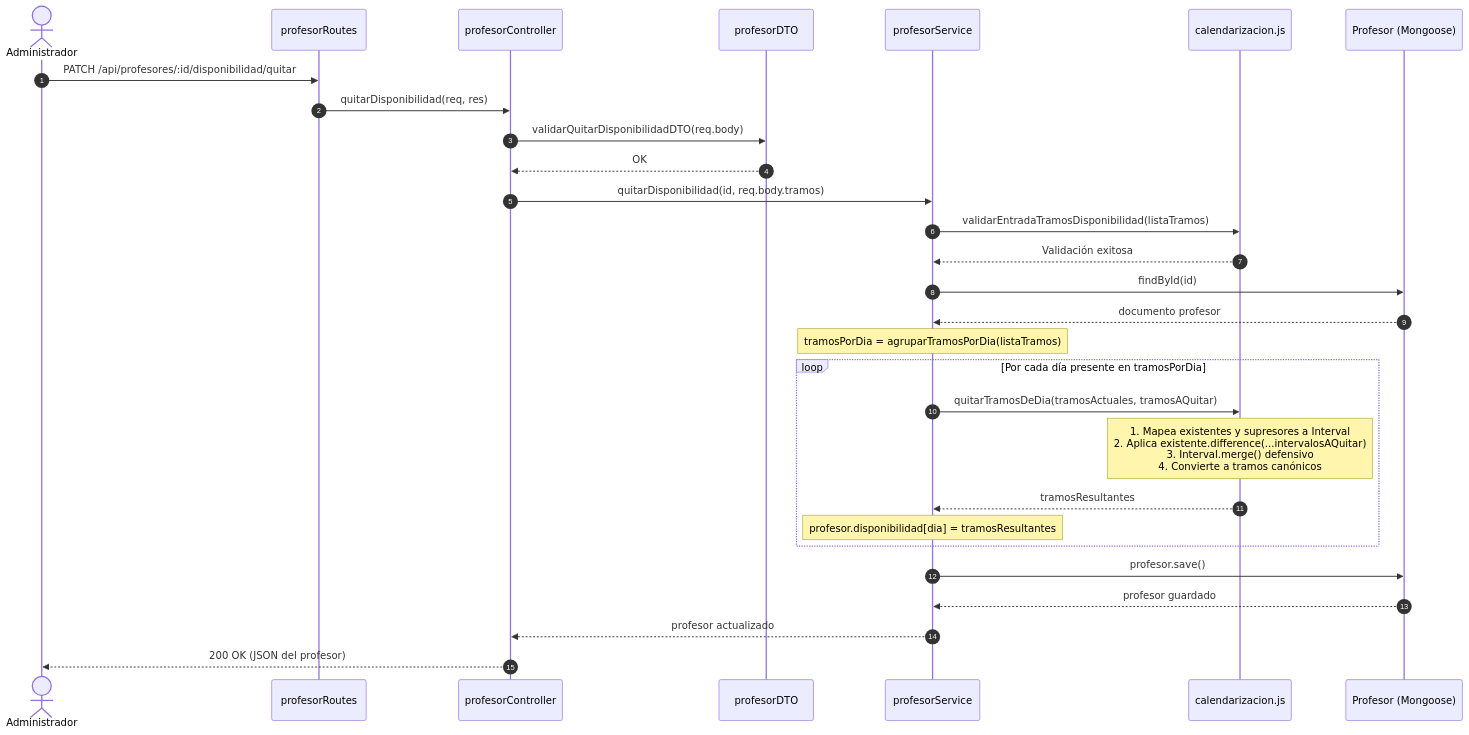
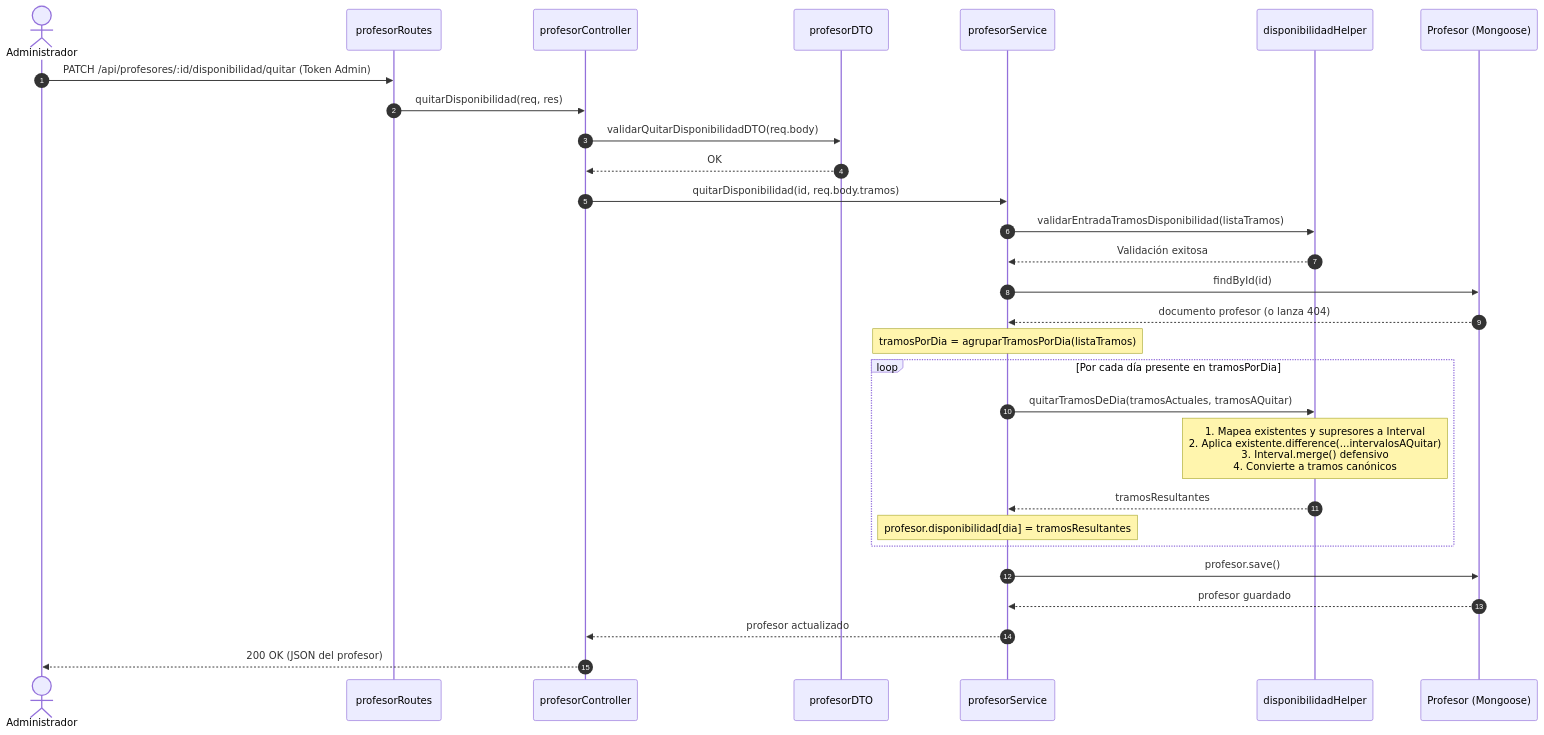
Before and after one commit to SM03594/INSPT-Prog3-DriveAndLearn-backend: the fourth of 6 diagrams in docs/Guias/Flujos/disponibilidad-profesor.md, drawn with Mermaid. The commit also changed other lines of this file and 11 other files, not shown here.

````diff
--- a/docs/Guias/Flujos/disponibilidad-profesor.md
+++ b/docs/Guias/Flujos/disponibilidad-profesor.md
@@ -259,37 +269,37 @@
 ```mermaid
 sequenceDiagram
     autonumber
     actor Admin as Administrador
     participant Route as profesorRoutes
     participant Ctrl as profesorController
     participant DTO as profesorDTO
     participant Svc as profesorService
-    participant Cal as calendarizacion.js
+    participant HDisp as disponibilidadHelper
     participant Model as Profesor (Mongoose)
 
-    Admin->>Route: PATCH /api/profesores/:id/disponibilidad/quitar
+    Admin->>Route: PATCH /api/profesores/:id/disponibilidad/quitar (Token Admin)
     Route->>Ctrl: quitarDisponibilidad(req, res)
     Ctrl->>DTO: validarQuitarDisponibilidadDTO(req.body)
     DTO-->>Ctrl: OK
     Ctrl->>Svc: quitarDisponibilidad(id, req.body.tramos)
     
-    Svc->>Cal: validarEntradaTramosDisponibilidad(listaTramos)
-    Cal-->>Svc: Validación exitosa
+    Svc->>HDisp: validarEntradaTramosDisponibilidad(listaTramos)
+    HDisp-->>Svc: Validación exitosa
 
     Svc->>Model: findById(id)
-    Model-->>Svc: documento profesor
+    Model-->>Svc: documento profesor (o lanza 404)
 
     Note over Svc: tramosPorDia = agruparTramosPorDia(listaTramos)
 
     loop Por cada día presente en tramosPorDia
-        Svc->>Cal: quitarTramosDeDia(tramosActuales, tramosAQuitar)
-        Note over Cal: 1. Mapea existentes y supresores a Interval<br/>2. Aplica existente.difference(...intervalosAQuitar)<br/>3. Interval.merge() defensivo<br/>4. Convierte a tramos canónicos
-        Cal-->>Svc: tramosResultantes
+        Svc->>HDisp: quitarTramosDeDia(tramosActuales, tramosAQuitar)
+        Note over HDisp: 1. Mapea existentes y supresores a Interval<br/>2. Aplica existente.difference(...intervalosAQuitar)<br/>3. Interval.merge() defensivo<br/>4. Convierte a tramos canónicos
+        HDisp-->>Svc: tramosResultantes
         Note over Svc: profesor.disponibilidad[dia] = tramosResultantes
     end
 
     Svc->>Model: profesor.save()
     Model-->>Svc: profesor guardado
     Svc-->>Ctrl: profesor actualizado
     Ctrl-->>Admin: 200 OK (JSON del profesor)
 ```
````
